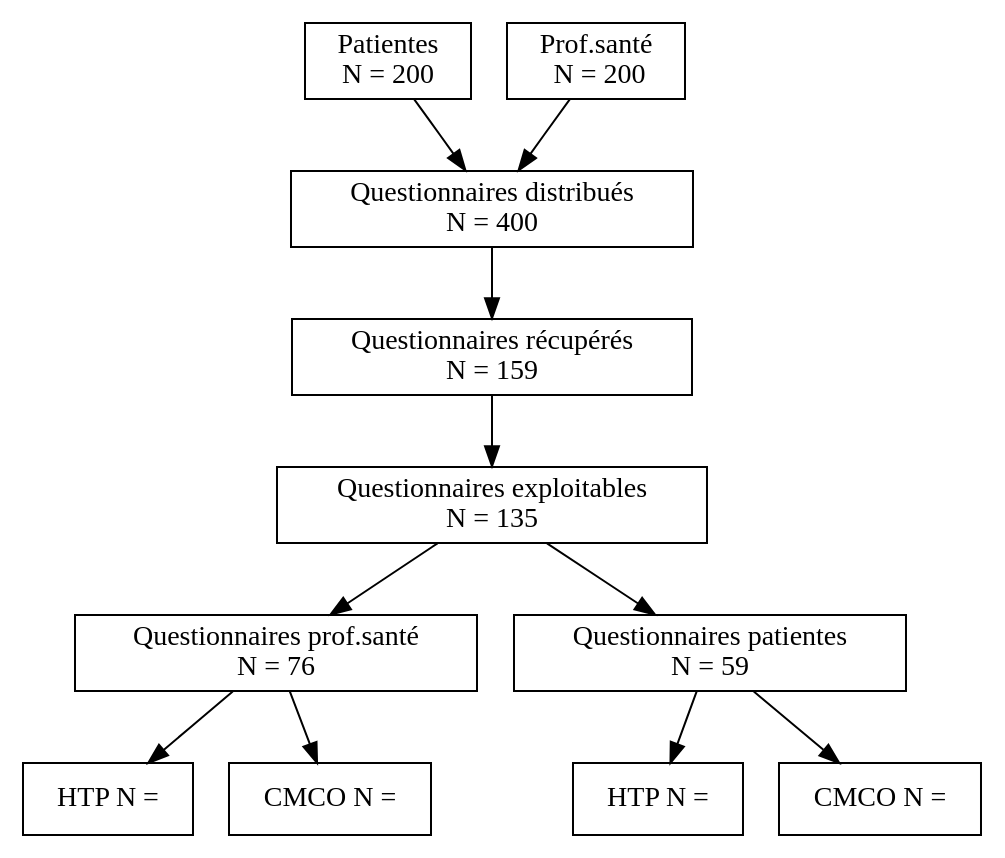
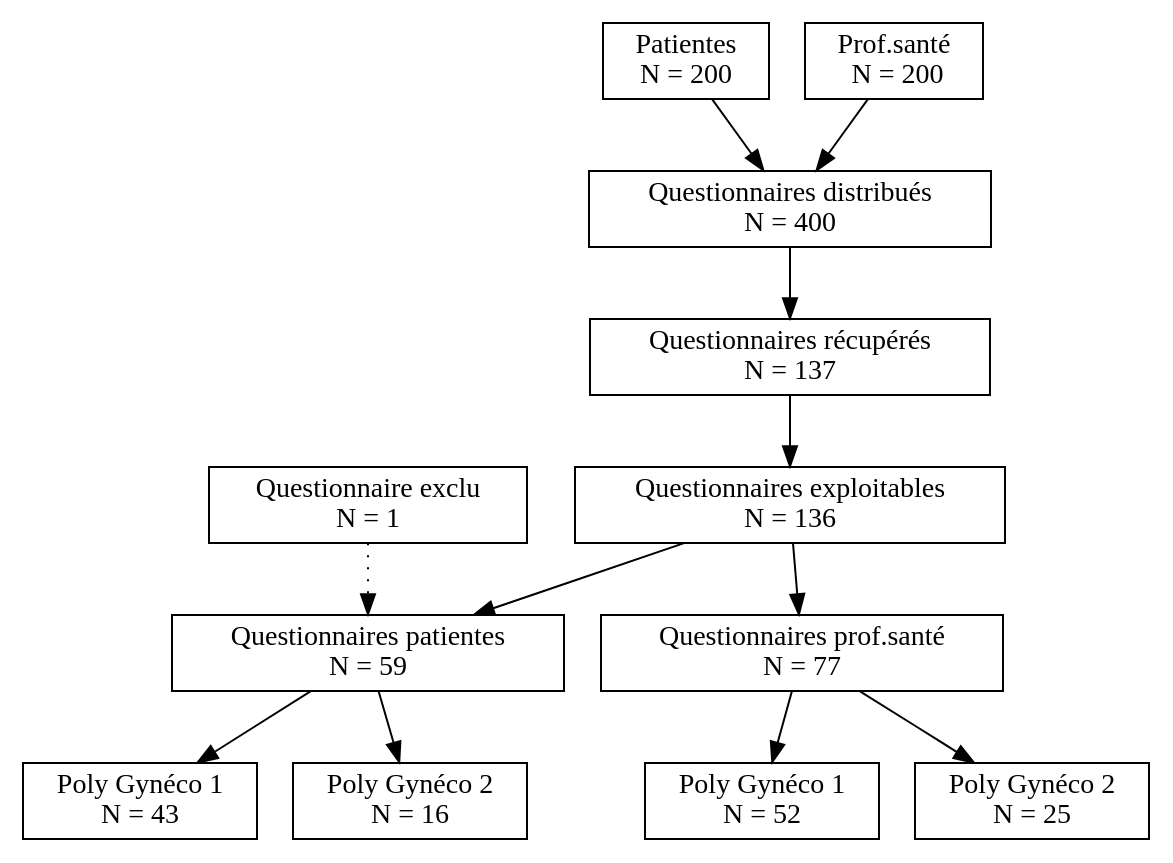
One commit to jcrb/Lerch_SF changed the diagram in Graphviz/graph2.gv. Above: the diagram before and after it, drawn with Graphviz. The commit also changed 33 other files, not shown here.

```diff
--- a/Graphviz/graph2.gv
+++ b/Graphviz/graph2.gv
@@ -1,37 +1,41 @@
 digraph G {
 	node[shape = box];
 	Q1[label = "Questionnaires distribués\n N = 400"];
-	Q2[label = "Questionnaires récupérés\n N = 159"];
-    Q3[label = "Questionnaires exploitables\n N = 135"];
-    Q4[label = "Questionnaires prof.santé\n N = 76"];
+	Q2[label = "Questionnaires récupérés\n N = 137"];
+    Q3[label = "Questionnaires exploitables\n N = 136"];
+    Q4[label = "Questionnaires prof.santé\n N = 77"];
     Q5[label = "Questionnaires patientes\n N = 59"];
 
-    Q7[label = "HTP N = "];
-    Q8[label = "CMCO N = "];
+    Q7[label = "Poly Gynéco 1\n N = 43"]; /* consultantes HTP */
+    Q8[label = "Poly Gynéco 2\n N = 16"]; /* consultantes CMCO */
 
-    Q9[label = "HTP N = "];
-    Q10[label = "CMCO N = "];
+    Q9[label = "Poly Gynéco 1\n N = 52"]; /* médecins HTP */
+    Q10[label = "Poly Gynéco 2\n N = 25"]; /* médecins CMCO */
 
     Q11[label  = "Patientes\n N = 200"]
     Q12[label  = "Prof.santé\n  N = 200"]
+
+    Q13[label  = "Questionnaire exclu\n N = 1"]
 
     /* liens */
 
     Q1 -> Q2 -> Q3;
 
     Q3 -> Q5;
     Q3 -> Q4;
 
     Q5 -> Q7;
     Q5 -> Q8;
 
     Q4 -> Q9;
     Q4 -> Q10;
 
     Q11 -> Q1
     Q12 -> Q1
+
+    Q13 -> Q5 [style=dotted]
 	
 	
 
 	/*Q2 ->main -> parse -> execute;*/
 }
```
